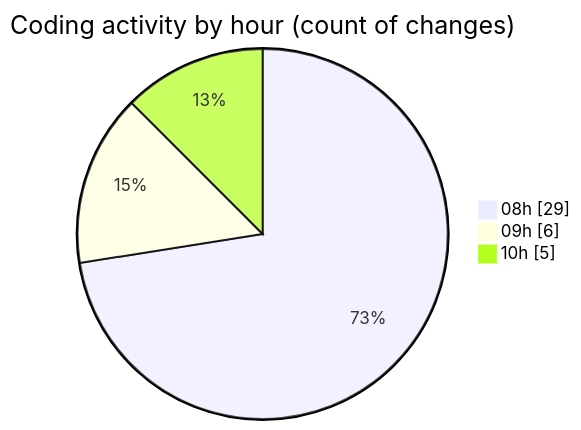
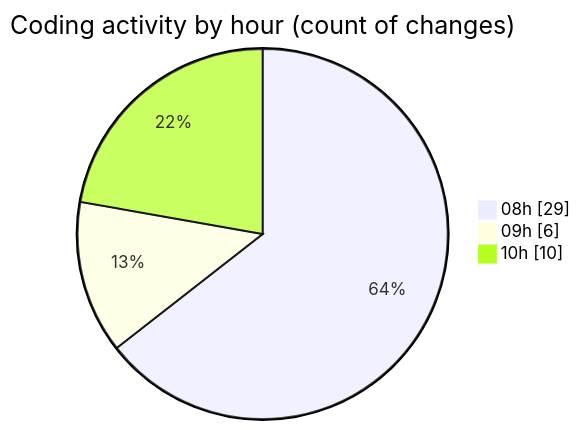
The second of 2 diagrams in 2025-04-20/myws__workspace_/README.md (MatusMokan/code-tracking), drawn with Mermaid before and after one commit. The commit also changed other lines of this file and 1 other file, not shown here.

````diff
--- a/2025-04-20/myws__workspace_/README.md
+++ b/2025-04-20/myws__workspace_/README.md
@@ -29,7 +29,7 @@
 ```mermaid
 pie showData
 title Coding activity by hour (count of changes)
 "08h" : 29
 "09h" : 6
-"10h" : 5
+"10h" : 10
 ```
````
